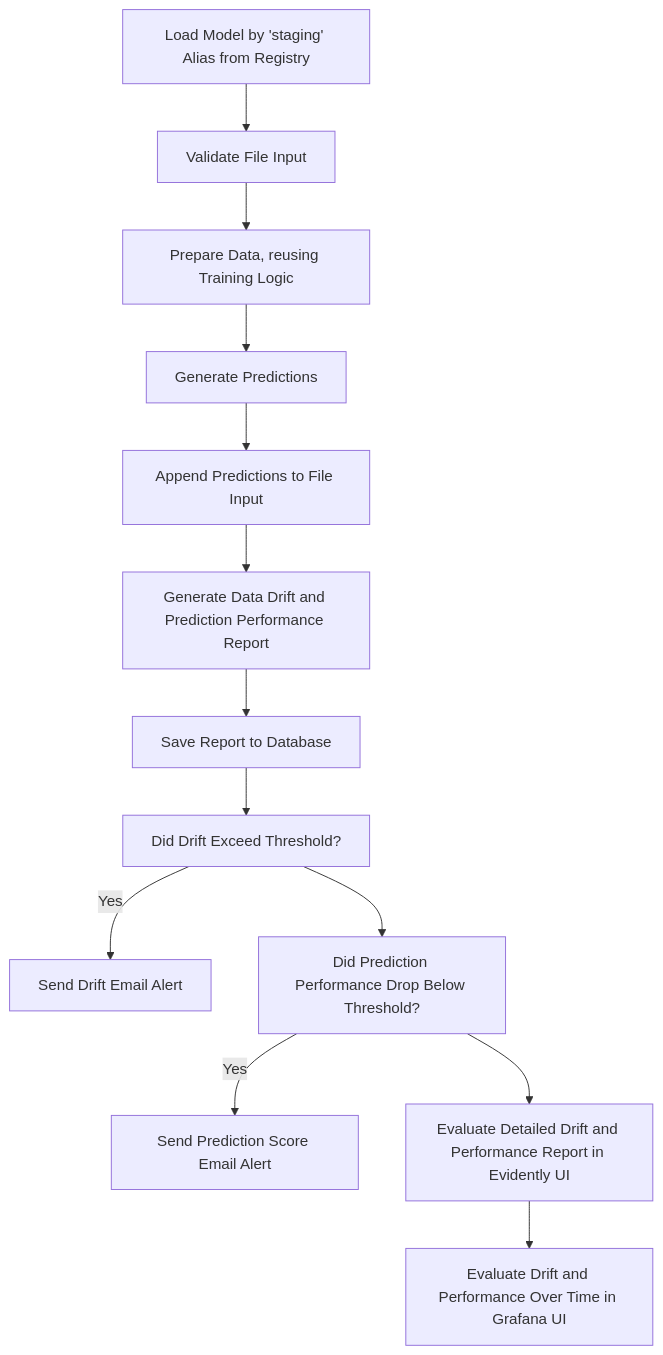
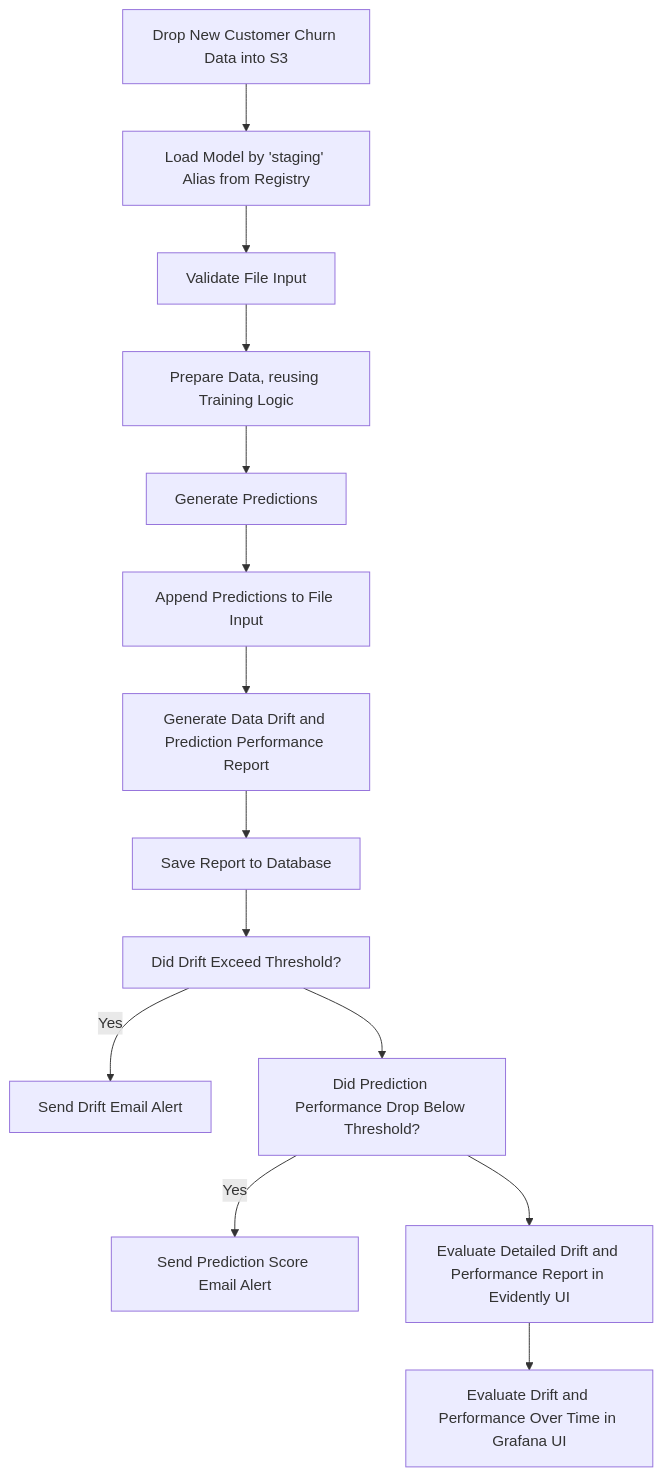
One commit to paultongyoo/churn-model-evaluation-platform changed the second of 2 diagrams in README.md. Above: the diagram before and after it, drawn with Mermaid.

````diff
--- a/README.md
+++ b/README.md
@@ -73,19 +73,20 @@
 ```mermaid
 flowchart TD
-    A[Load Model by 'staging' Alias from Registry]
-    B[Validate File Input]
-    C[Prepare Data, reusing Training Logic]
-    D[Generate Predictions]
-    E[Append Predictions to File Input]
-    F[Generate Data Drift and Prediction Performance Report]
-    G[Save Report to Database]
-    H[Did Drift Exceed Threshold?]
-    I[Send Drift Email Alert]
-    J[Did Prediction Performance Drop Below Threshold?]
-    K[Send Prediction Score Email Alert]
-    L[Evaluate Detailed Drift and Performance Report in Evidently UI]
-    M[Evaluate Drift and Performance Over Time in Grafana UI]
-    A-->B-->C-->D-->E-->F-->G-->H-->J-->L-->M;
-    H--> |Yes| I;
-    J--> |Yes| K;
+    A[Drop New Customer Churn Data into S3]
+    B[Load Model by 'staging' Alias from Registry]
+    C[Validate File Input]
+    D[Prepare Data, reusing Training Logic]
+    E[Generate Predictions]
+    F[Append Predictions to File Input]
+    G[Generate Data Drift and Prediction Performance Report]
+    H[Save Report to Database]
+    I[Did Drift Exceed Threshold?]
+    J[Send Drift Email Alert]
+    K[Did Prediction Performance Drop Below Threshold?]
+    L[Send Prediction Score Email Alert]
+    M[Evaluate Detailed Drift and Performance Report in Evidently UI]
+    N[Evaluate Drift and Performance Over Time in Grafana UI]
+    A-->B-->C-->D-->E-->F-->G-->H-->I-->K-->M-->N;
+    I--> |Yes| J;
+    K--> |Yes| L;
 ```
````
